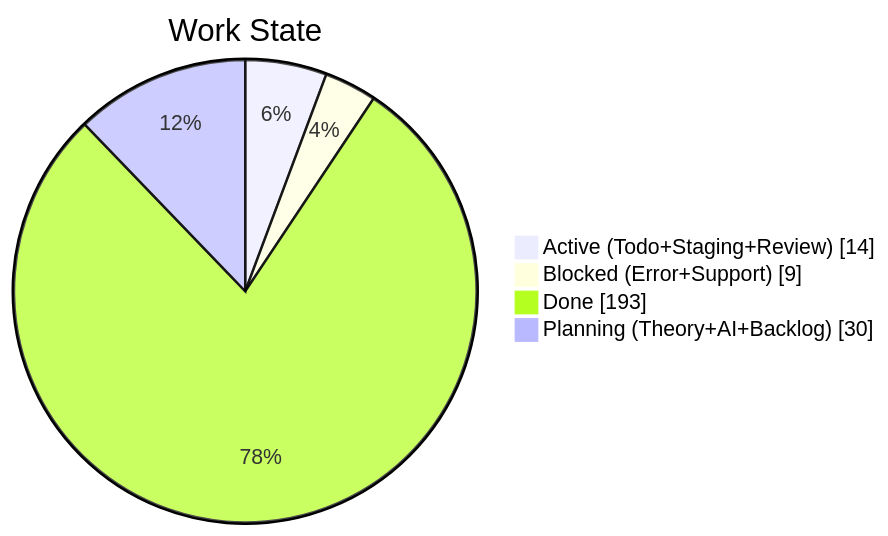
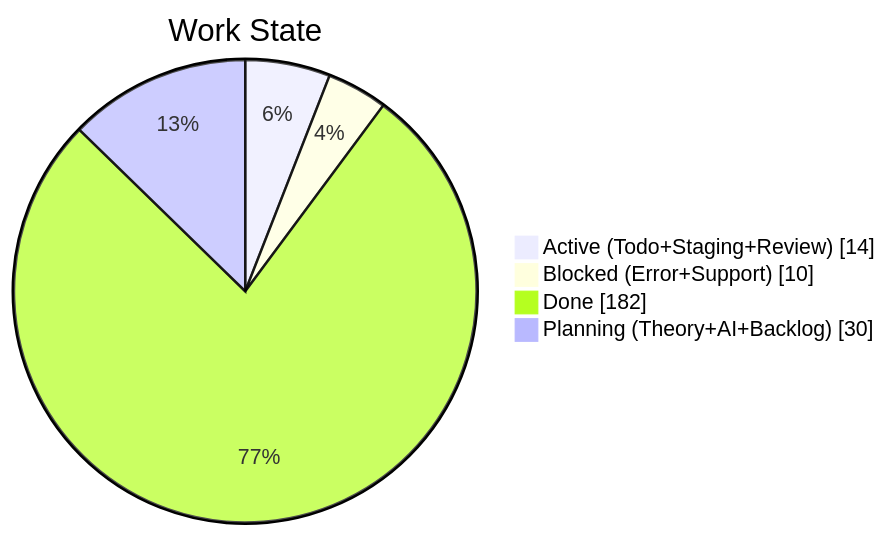
One commit to KBVE/kbve changed the second of 4 diagrams in apps/kbve/astro-kbve/src/content/docs/dashboard/kanban-data.mdx. Above: the diagram before and after it, drawn with Mermaid. The commit also changed other lines of this file and 7 other files, not shown here.

````diff
--- a/apps/kbve/astro-kbve/src/content/docs/dashboard/kanban-data.mdx
+++ b/apps/kbve/astro-kbve/src/content/docs/dashboard/kanban-data.mdx
@@ -68,8 +68,8 @@
 ```mermaid
 pie showData
     title Work State
     "Active (Todo+Staging+Review)" : 14
-    "Blocked (Error+Support)" : 9
-    "Done" : 193
+    "Blocked (Error+Support)" : 10
+    "Done" : 182
     "Planning (Theory+AI+Backlog)" : 30
 ```
````
